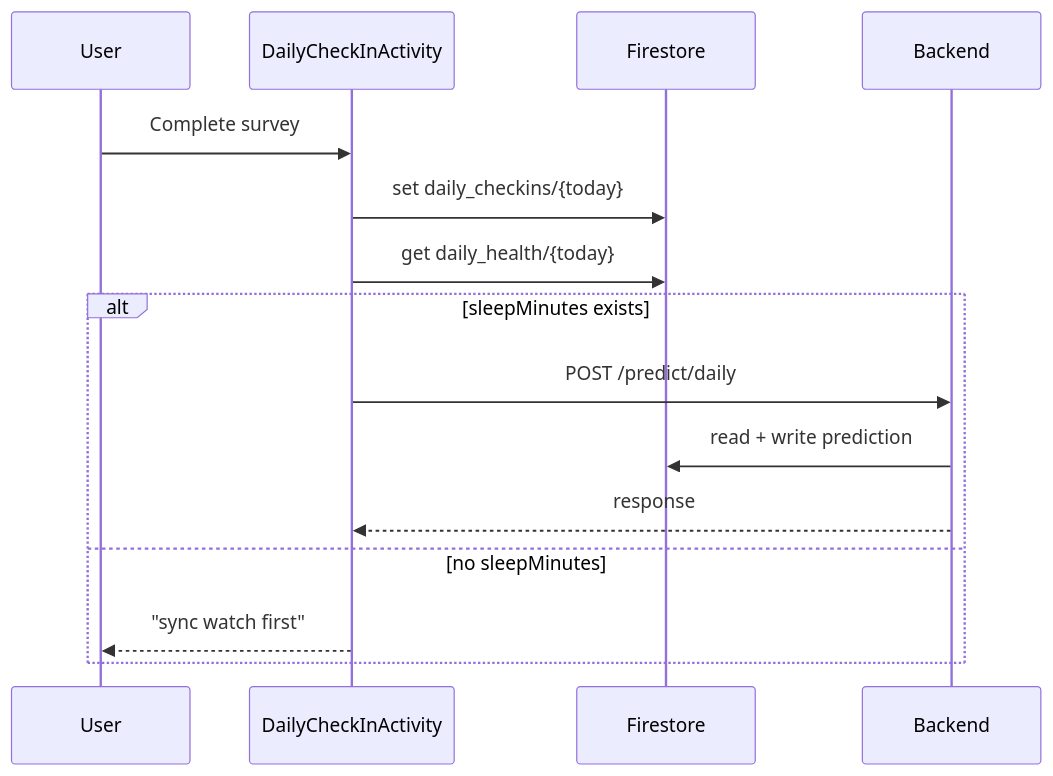
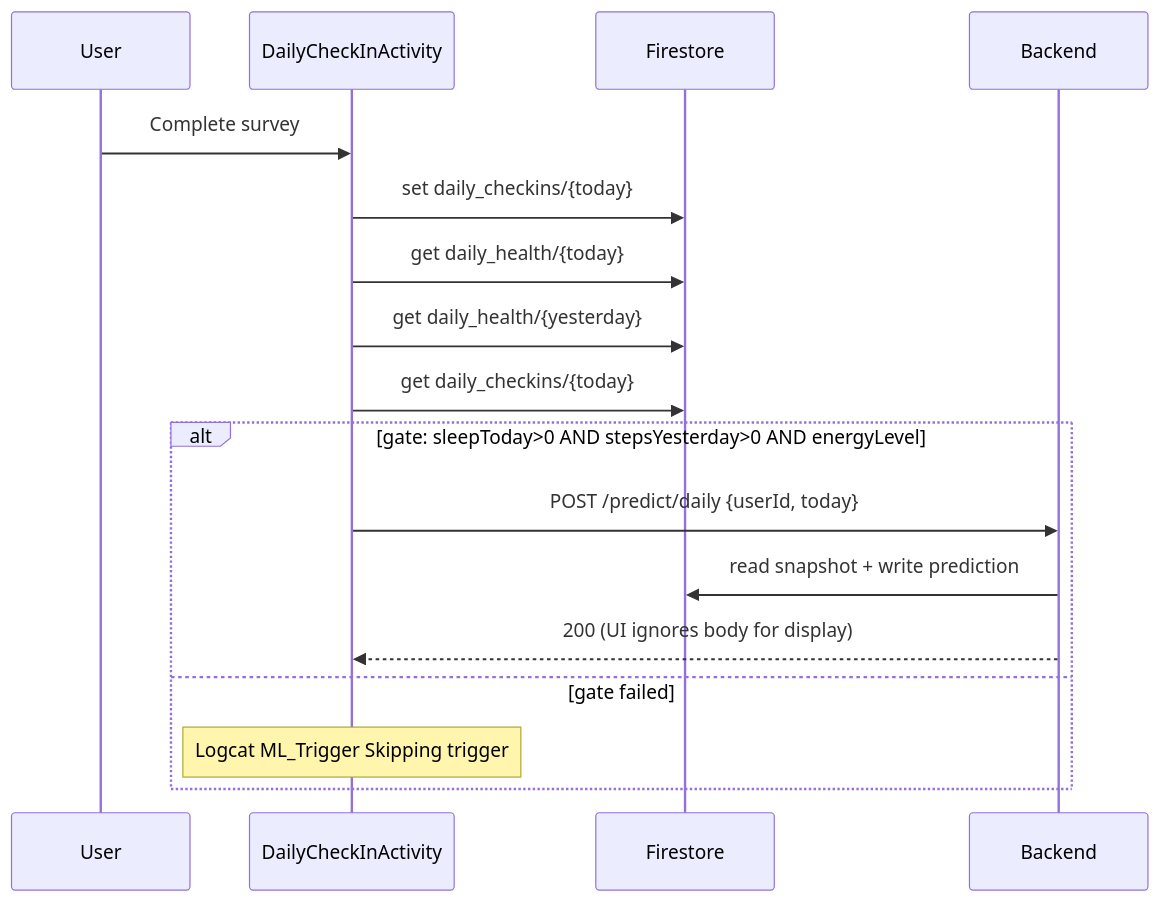
Before and after one commit to yahav97/final_project_AthleAgent: the third of 5 diagrams in docs/LLD.md, drawn with Mermaid. The commit also changed other lines of this file and 7 other files, not shown here.

````diff
--- a/docs/LLD.md
+++ b/docs/LLD.md
@@ -359,18 +544,20 @@
 ```mermaid
 sequenceDiagram
     participant U as User
     participant DCI as DailyCheckInActivity
     participant FS as Firestore
     participant BE as Backend
 
     U->>DCI: Complete survey
     DCI->>FS: set daily_checkins/{today}
     DCI->>FS: get daily_health/{today}
-    alt sleepMinutes exists
-        DCI->>BE: POST /predict/daily
-        BE->>FS: read + write prediction
-        BE-->>DCI: response
-    else no sleepMinutes
-        DCI-->>U: "sync watch first"
+    DCI->>FS: get daily_health/{yesterday}
+    DCI->>FS: get daily_checkins/{today}
+    alt gate: sleepToday>0 AND stepsYesterday>0 AND energyLevel
+        DCI->>BE: POST /predict/daily {userId, today}
+        BE->>FS: read snapshot + write prediction
+        BE-->>DCI: 200 (UI ignores body for display)
+    else gate failed
+        Note over DCI: Logcat ML_Trigger Skipping trigger
     end
 ```
````
